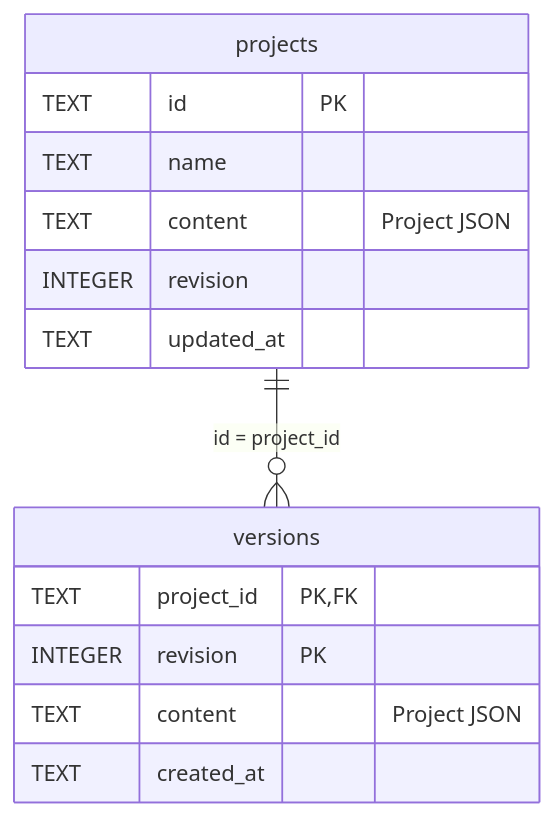
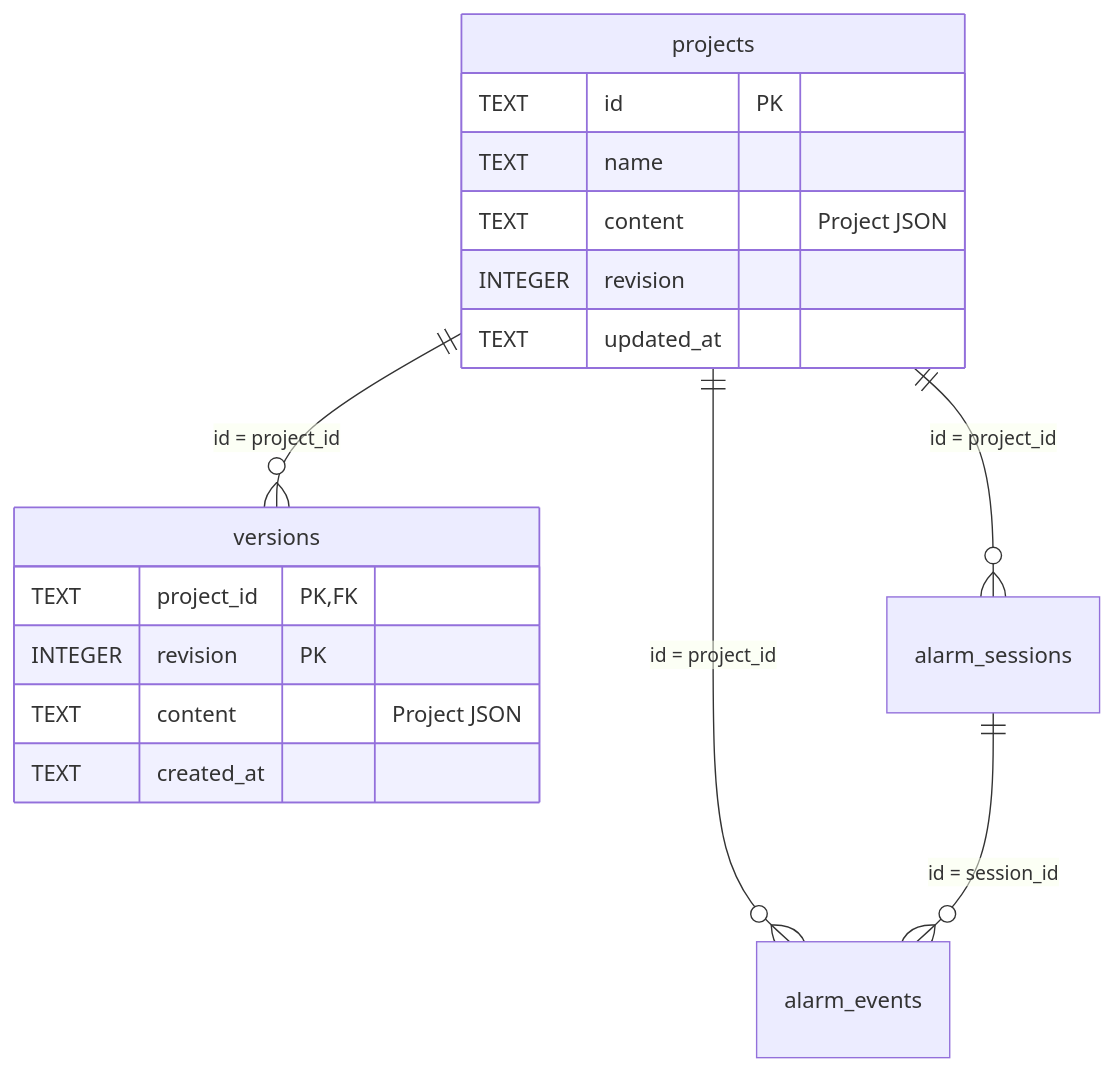
Before and after one commit to jewlong/InfoSys_ViewGP_Web: the diagram in docs/SQLite-資料儲存規格.md, drawn with Mermaid. The commit also changed other lines of this file and 32 other files, not shown here.

````diff
--- a/docs/SQLite-資料儲存規格.md
+++ b/docs/SQLite-資料儲存規格.md
@@ -14,17 +16,20 @@
 ```mermaid
 erDiagram
     projects ||--o{ versions : "id = project_id"
+    projects ||--o{ alarm_sessions : "id = project_id"
+    projects ||--o{ alarm_events : "id = project_id"
+    alarm_sessions ||--o{ alarm_events : "id = session_id"
     projects {
         TEXT id PK
         TEXT name
         TEXT content "Project JSON"
         INTEGER revision
         TEXT updated_at
     }
     versions {
         TEXT project_id PK,FK
         INTEGER revision PK
         TEXT content "Project JSON"
         TEXT created_at
     }
 ```
````
